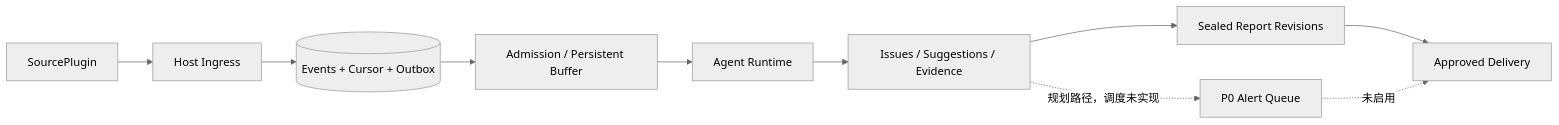
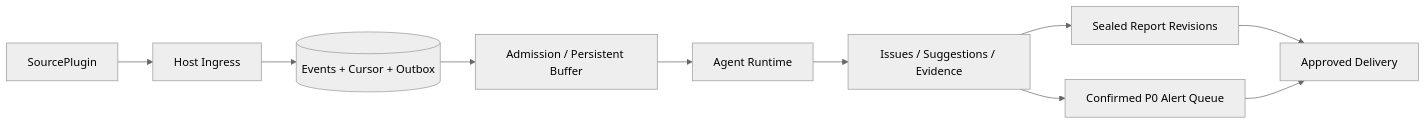
One commit to fangbm/SuperAgent changed the diagram in docs/ARCHITECTURE.md. Above: the diagram before and after it, drawn with Mermaid (neutral theme). The commit also changed other lines of this file and 26 other files, not shown here.

````diff
--- a/docs/ARCHITECTURE.md
+++ b/docs/ARCHITECTURE.md
@@ -15,12 +15,12 @@
 ```mermaid
 flowchart LR
   Source[SourcePlugin] --> Ingress[Host Ingress]
   Ingress --> Store[(Events + Cursor + Outbox)]
   Store --> Buffer[Admission / Persistent Buffer]
   Buffer --> Agent[Agent Runtime]
   Agent --> Domain[Issues / Suggestions / Evidence]
   Domain --> Reports[Sealed Report Revisions]
-  Domain -. 规划路径，调度未实现 .-> P0[P0 Alert Queue]
+  Domain --> P0[Confirmed P0 Alert Queue]
   Reports --> Delivery[Approved Delivery]
-  P0 -. 未启用 .-> Delivery
+  P0 --> Delivery
 ```
````
